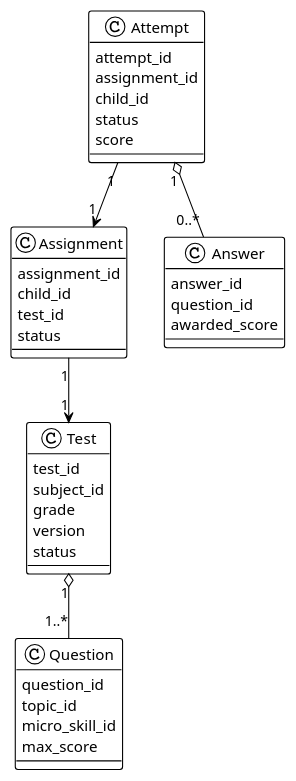
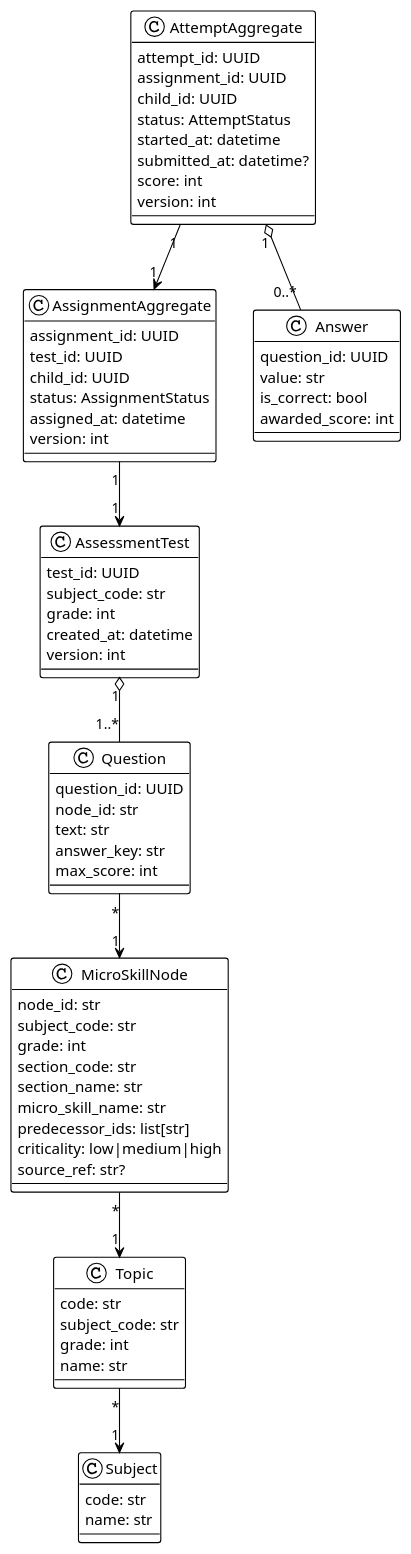
One commit to semoleg1986/assessment-service changed the diagram in docs/diagrams/domain-model.puml. Above: the diagram before and after it, drawn with PlantUML. The commit also changed 1 other file, not shown here.

Commit message:
docs(domain): align assessment domain docs and diagram to v0.2.0

```diff
--- a/docs/diagrams/domain-model.puml
+++ b/docs/diagrams/domain-model.puml
@@ -1,46 +1,80 @@
 @startuml
 !theme plain
 skinparam shadowing false
 skinparam packageStyle rectangle
 
-class Test {
-  test_id
-  subject_id
-  grade
-  version
-  status
+class AssessmentTest {
+  test_id: UUID
+  subject_code: str
+  grade: int
+  created_at: datetime
+  version: int
 }
 
 class Question {
-  question_id
-  topic_id
-  micro_skill_id
-  max_score
+  question_id: UUID
+  node_id: str
+  text: str
+  answer_key: str
+  max_score: int
 }
 
-class Assignment {
-  assignment_id
-  child_id
-  test_id
-  status
+class AssignmentAggregate {
+  assignment_id: UUID
+  test_id: UUID
+  child_id: UUID
+  status: AssignmentStatus
+  assigned_at: datetime
+  version: int
 }
 
-class Attempt {
-  attempt_id
-  assignment_id
-  child_id
-  status
-  score
+class AttemptAggregate {
+  attempt_id: UUID
+  assignment_id: UUID
+  child_id: UUID
+  status: AttemptStatus
+  started_at: datetime
+  submitted_at: datetime?
+  score: int
+  version: int
 }
 
 class Answer {
-  answer_id
-  question_id
-  awarded_score
+  question_id: UUID
+  value: str
+  is_correct: bool
+  awarded_score: int
 }
 
-Test "1" o-- "1..*" Question
-Assignment "1" --> "1" Test
-Attempt "1" --> "1" Assignment
-Attempt "1" o-- "0..*" Answer
+class Subject {
+  code: str
+  name: str
+}
+
+class Topic {
+  code: str
+  subject_code: str
+  grade: int
+  name: str
+}
+
+class MicroSkillNode {
+  node_id: str
+  subject_code: str
+  grade: int
+  section_code: str
+  section_name: str
+  micro_skill_name: str
+  predecessor_ids: list[str]
+  criticality: low|medium|high
+  source_ref: str?
+}
+
+AssessmentTest "1" o-- "1..*" Question
+AssignmentAggregate "1" --> "1" AssessmentTest
+AttemptAggregate "1" --> "1" AssignmentAggregate
+AttemptAggregate "1" o-- "0..*" Answer
+Topic "*" --> "1" Subject
+Question "*" --> "1" MicroSkillNode
+MicroSkillNode "*" --> "1" Topic
 @enduml
```
